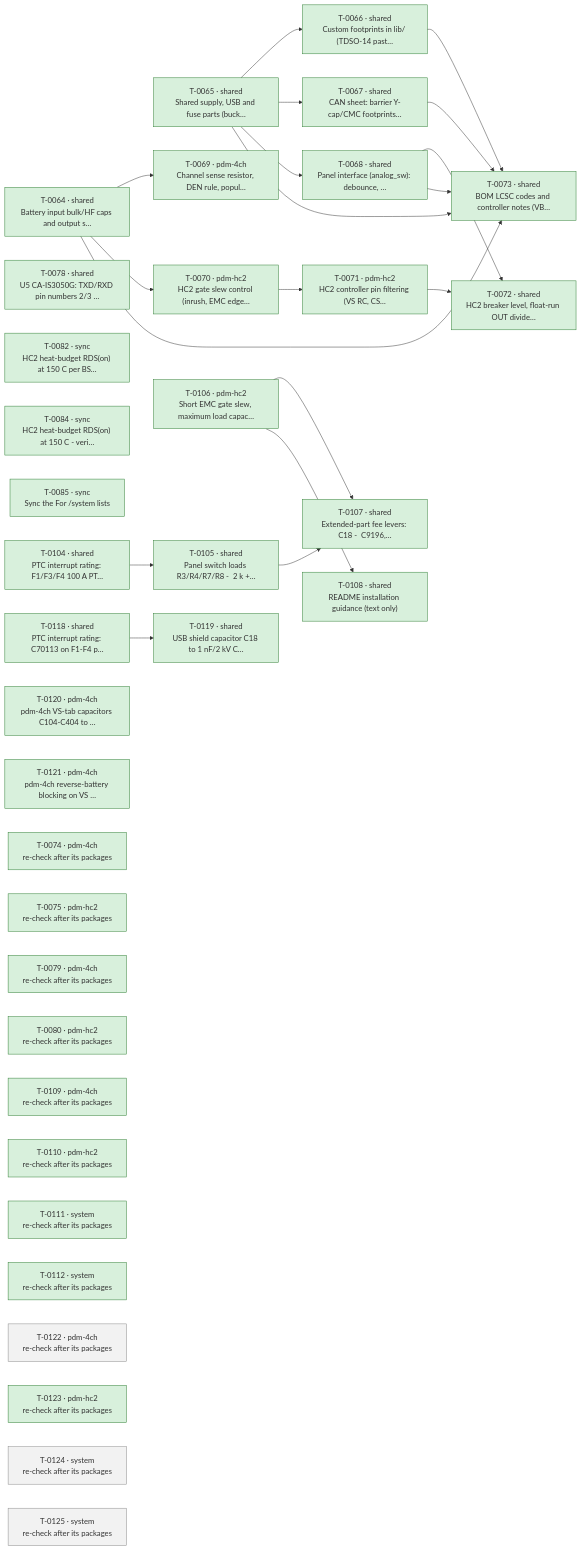
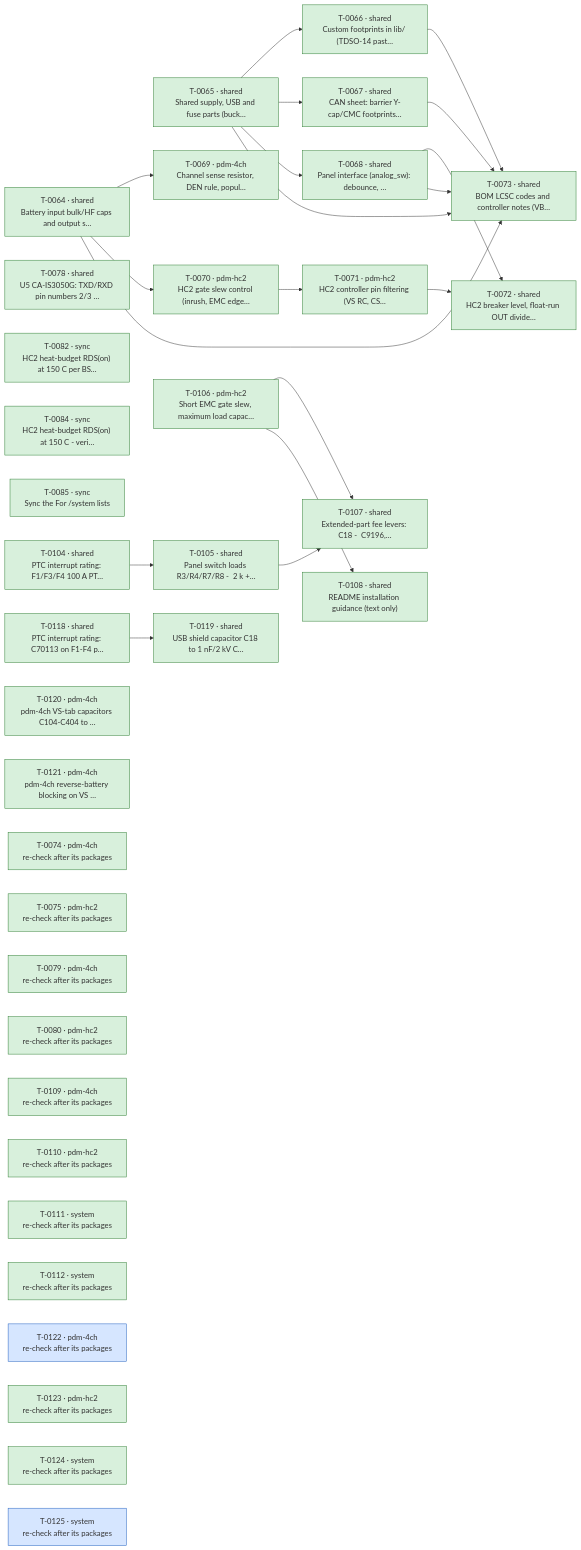
Before and after one commit to plektra/ESP32-PDM: the diagram in docs/ROADMAP.md, drawn with Mermaid. The commit also changed other lines of this file and 3 other files, not shown here.

````diff
--- a/docs/ROADMAP.md
+++ b/docs/ROADMAP.md
@@ -18,60 +18,60 @@
 ```mermaid
 flowchart LR
   T0064["T-0064 · shared<br/>Battery input bulk/HF caps and output s…"]:::done
   T0065["T-0065 · shared<br/>Shared supply, USB and fuse parts (buck…"]:::done
   T0066["T-0066 · shared<br/>Custom footprints in lib/ (TDSO-14 past…"]:::done
   T0067["T-0067 · shared<br/>CAN sheet: barrier Y-cap/CMC footprints…"]:::done
   T0068["T-0068 · shared<br/>Panel interface (analog_sw): debounce, …"]:::done
   T0069["T-0069 · pdm-4ch<br/>Channel sense resistor, DEN rule, popul…"]:::done
   T0070["T-0070 · pdm-hc2<br/>HC2 gate slew control (inrush, EMC edge…"]:::done
   T0071["T-0071 · pdm-hc2<br/>HC2 controller pin filtering (VS RC, CS…"]:::done
   T0072["T-0072 · shared<br/>HC2 breaker level, float-run OUT divide…"]:::done
   T0073["T-0073 · shared<br/>BOM LCSC codes and controller notes (VB…"]:::done
   T0078["T-0078 · shared<br/>U5 CA-IS3050G: TXD/RXD pin numbers 2/3 …"]:::done
   T0082["T-0082 · sync<br/>HC2 heat-budget RDS(on) at 150 C per BS…"]:::done
   T0084["T-0084 · sync<br/>HC2 heat-budget RDS(on) at 150 C - veri…"]:::done
   T0085["T-0085 · sync<br/>Sync the  For /system  lists"]:::done
   T0104["T-0104 · shared<br/>PTC interrupt rating: F1/F3/F4 100 A PT…"]:::done
   T0105["T-0105 · shared<br/>Panel switch loads R3/R4/R7/R8 -  2 k +…"]:::done
   T0106["T-0106 · pdm-hc2<br/>Short EMC gate slew, maximum load capac…"]:::done
   T0107["T-0107 · shared<br/>Extended-part fee levers: C18 -  C9196,…"]:::done
   T0108["T-0108 · shared<br/>README installation guidance (text only)"]:::done
   T0118["T-0118 · shared<br/>PTC interrupt rating: C70113 on F1-F4 p…"]:::done
   T0119["T-0119 · shared<br/>USB shield capacitor C18 to 1 nF/2 kV C…"]:::done
   T0120["T-0120 · pdm-4ch<br/>pdm-4ch VS-tab capacitors C104-C404 to …"]:::done
   T0121["T-0121 · pdm-4ch<br/>pdm-4ch reverse-battery blocking on VS …"]:::done
   T0074["T-0074 · pdm-4ch<br/>re-check after its packages"]:::done
   T0075["T-0075 · pdm-hc2<br/>re-check after its packages"]:::done
   T0079["T-0079 · pdm-4ch<br/>re-check after its packages"]:::done
   T0080["T-0080 · pdm-hc2<br/>re-check after its packages"]:::done
   T0109["T-0109 · pdm-4ch<br/>re-check after its packages"]:::done
   T0110["T-0110 · pdm-hc2<br/>re-check after its packages"]:::done
   T0111["T-0111 · system<br/>re-check after its packages"]:::done
   T0112["T-0112 · system<br/>re-check after its packages"]:::done
-  T0122["T-0122 · pdm-4ch<br/>re-check after its packages"]:::ready
+  T0122["T-0122 · pdm-4ch<br/>re-check after its packages"]:::running
   T0123["T-0123 · pdm-hc2<br/>re-check after its packages"]:::done
-  T0124["T-0124 · system<br/>re-check after its packages"]:::ready
-  T0125["T-0125 · system<br/>re-check after its packages"]:::ready
+  T0124["T-0124 · system<br/>re-check after its packages"]:::done
+  T0125["T-0125 · system<br/>re-check after its packages"]:::running
   T0065 --> T0066
   T0065 --> T0067
   T0065 --> T0068
   T0064 --> T0069
   T0064 --> T0070
   T0070 --> T0071
   T0068 --> T0072
   T0071 --> T0072
   T0064 --> T0073
   T0065 --> T0073
   T0066 --> T0073
   T0067 --> T0073
   T0068 --> T0073
   T0104 --> T0105
   T0105 --> T0107
   T0106 --> T0107
   T0106 --> T0108
   T0118 --> T0119
   classDef done fill:#d8f0dc,stroke:#2e7d32
   classDef running fill:#d6e6ff,stroke:#1f5fbf
   classDef ready fill:#f2f2f2,stroke:#888
   classDef failed fill:#f9d9d9,stroke:#b3261e
 ```
````
